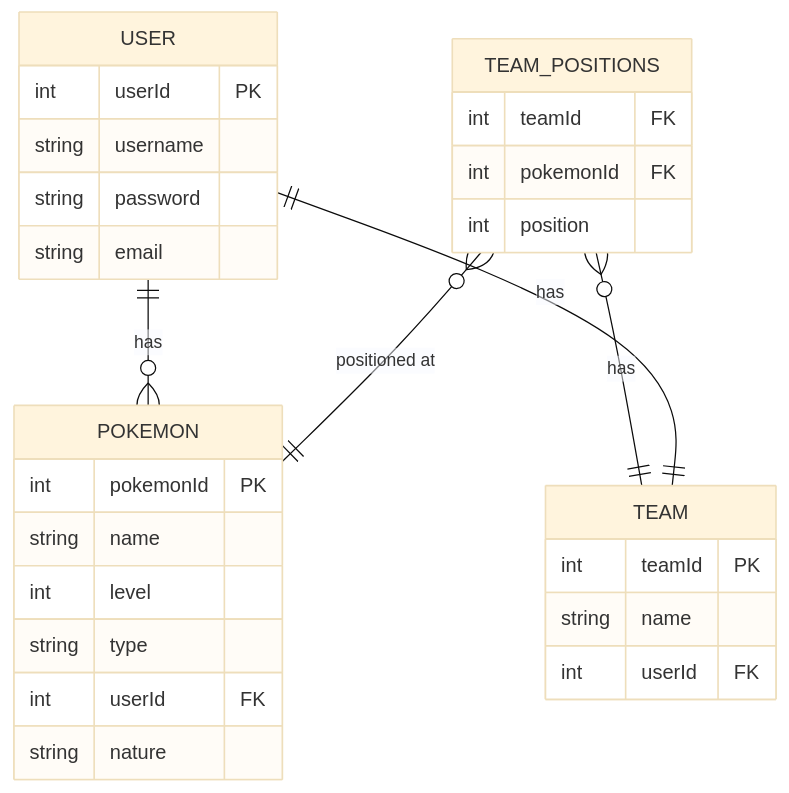
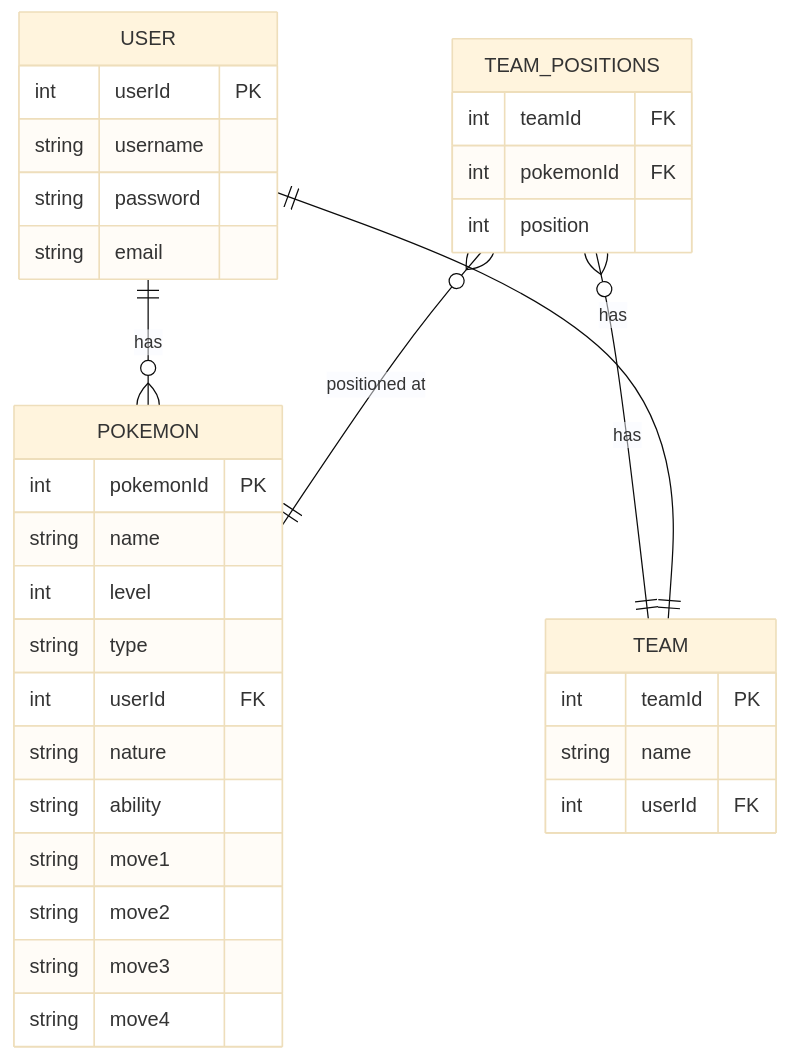
One commit to tjklint/PokePC changed the diagram in erd.mermaid. Above: the diagram before and after it, drawn with Mermaid (base theme).

Commit message:
Added moves.

```diff
--- a/erd.mermaid
+++ b/erd.mermaid
@@ -1,29 +1,34 @@
 erDiagram
     USER ||--o{ POKEMON : "has"
     TEAM_POSITIONS o{--|| TEAM: "has"
     TEAM_POSITIONS o{--|| POKEMON: "positioned at"
     USER||--|| TEAM:"has"
     USER {
         int userId PK
         string username
         string password
         string email
     }
     POKEMON {
         int pokemonId PK
         string name
         int level
         string type
         int userId FK
         string nature
+        string ability
+        string move1
+        string move2
+        string move3
+        string move4
     }
     TEAM {
         int teamId PK
         string name
         int userId FK
     }
     TEAM_POSITIONS {
         int teamId FK
         int pokemonId FK
         int position
     }
```
